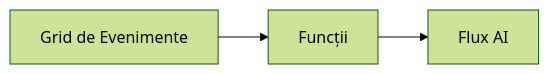
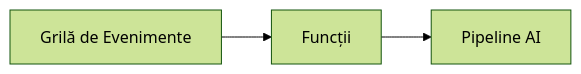
One commit to microsoft/AZD-for-beginners changed the second of 2 diagrams in translations/ro/docs/chapter-08-production/README.md. Above: the diagram before and after it, drawn with Mermaid (forest theme). The commit also changed other lines of this file and 59 other files, not shown here.

````diff
--- a/translations/ro/docs/chapter-08-production/README.md
+++ b/translations/ro/docs/chapter-08-production/README.md
@@ -57,4 +57,4 @@
 ```mermaid
 graph LR
-    EventGrid[Grid de Evenimente] --> Functions[Funcții] --> Pipeline[Flux AI]
+    EventGrid[Grilă de Evenimente] --> Functions[Funcții] --> Pipeline[Pipeline AI]
 ```
````
